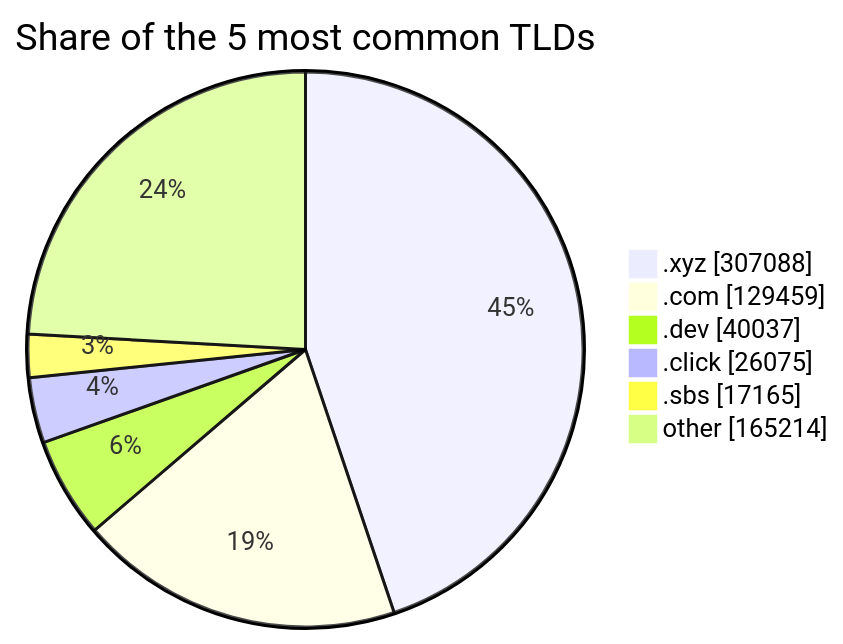
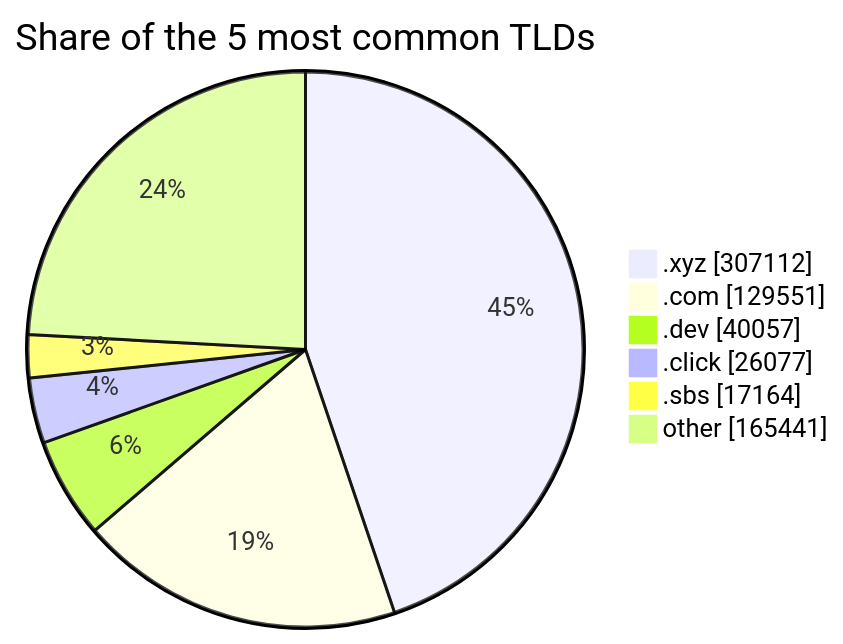
The third of 3 diagrams in README.md (DNSBunker/CTI), drawn with Mermaid before and after one commit. The commit also changed other lines of this file and 3 other files, not shown here.

````diff
--- a/README.md
+++ b/README.md
@@ -81,9 +81,9 @@
 ```mermaid
 pie showData title Share of the 5 most common TLDs
-    ".xyz" : 307088
-    ".com" : 129459
-    ".dev" : 40037
-    ".click" : 26075
-    ".sbs" : 17165
-    "other" : 165214
+    ".xyz" : 307112
+    ".com" : 129551
+    ".dev" : 40057
+    ".click" : 26077
+    ".sbs" : 17164
+    "other" : 165441
 ```
````
